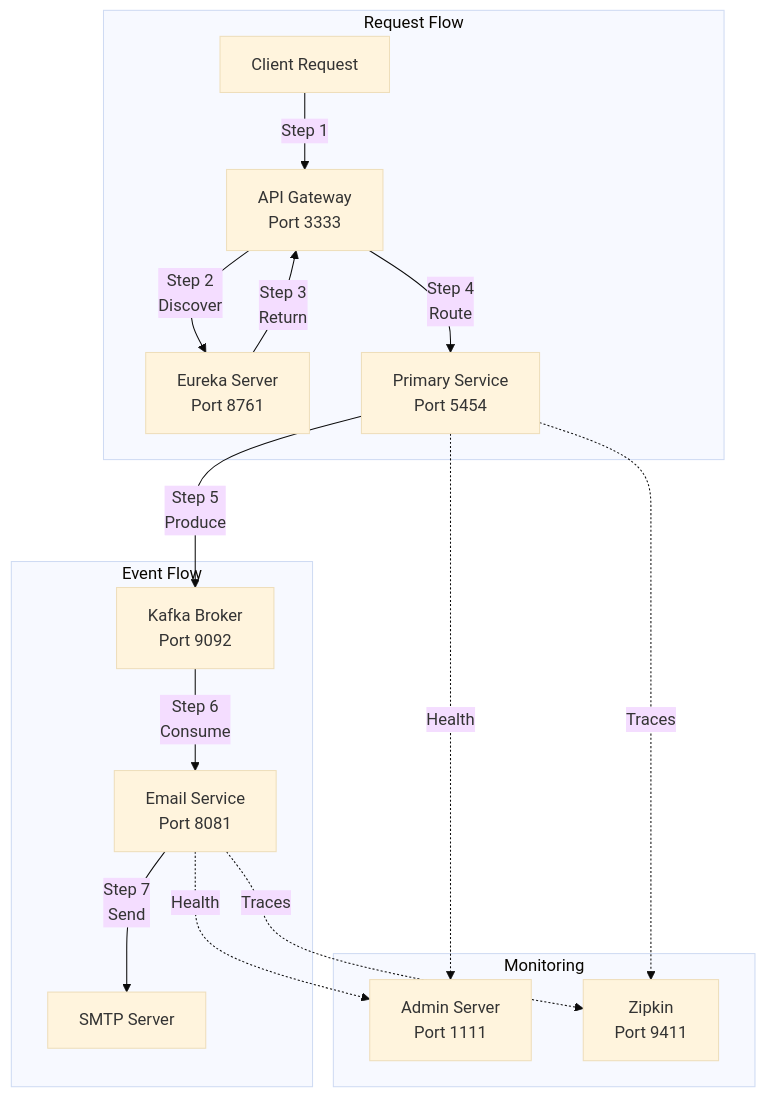
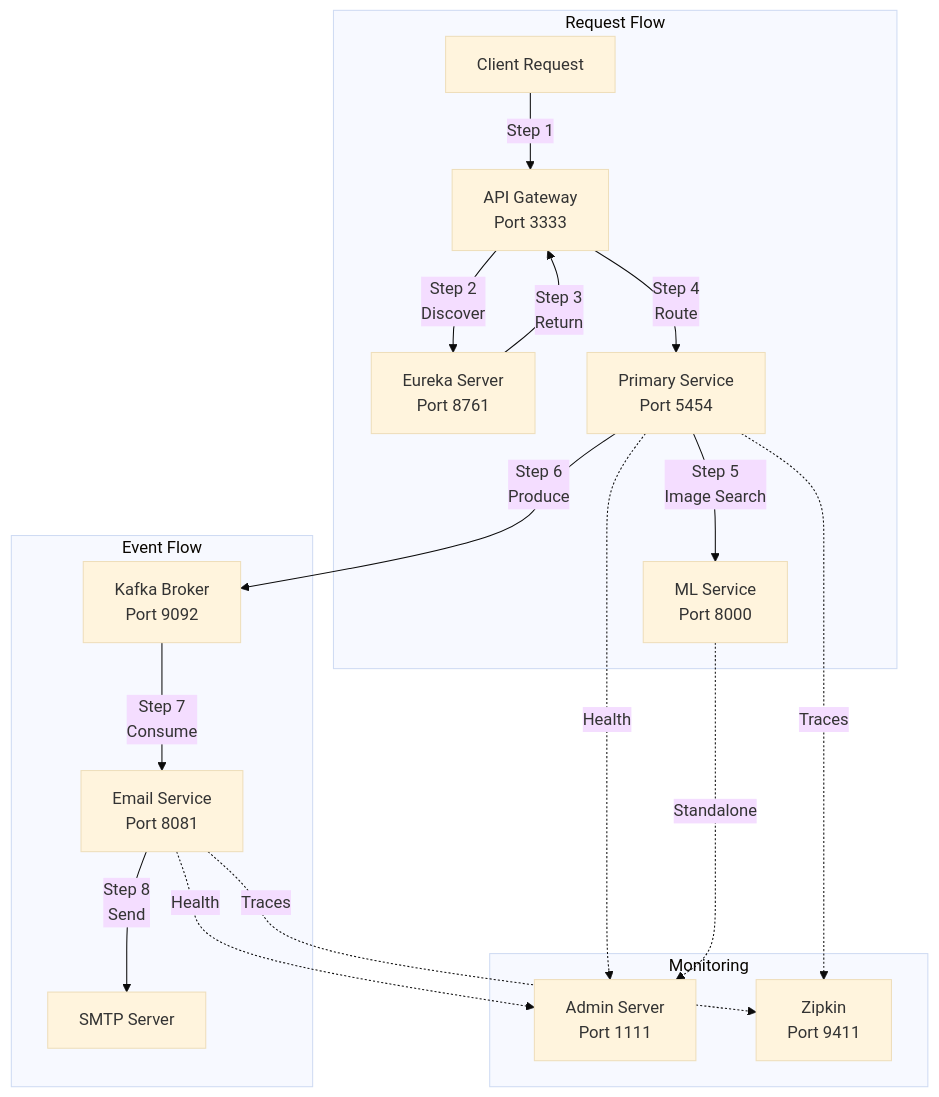
The seventh of 9 diagrams in readme.md (atharvajagtap112/IntelliShopy), drawn with Mermaid (base theme) before and after one commit. The commit also changed other lines of this file, not shown here.

````diff
--- a/readme.md
+++ b/readme.md
@@ -387,34 +481,37 @@
 ```mermaid
 graph TB
     subgraph RequestFlow["Request Flow"]
         A[Client Request]
         B[API Gateway<br/>Port 3333]
         C[Eureka Server<br/>Port 8761]
         D[Primary Service<br/>Port 5454]
+        E[ML Service<br/>Port 8000]
         
         A -->|Step 1| B
         B -->|Step 2<br/>Discover| C
         C -->|Step 3<br/>Return| B
         B -->|Step 4<br/>Route| D
+        D -->|Step 5<br/>Image Search| E
     end
     
     subgraph EventFlow["Event Flow"]
-        E[Kafka Broker<br/>Port 9092]
-        F[Email Service<br/>Port 8081]
-        G[SMTP Server]
+        F[Kafka Broker<br/>Port 9092]
+        G[Email Service<br/>Port 8081]
+        H[SMTP Server]
         
-        D -->|Step 5<br/>Produce| E
-        E -->|Step 6<br/>Consume| F
-        F -->|Step 7<br/>Send| G
+        D -->|Step 6<br/>Produce| F
+        F -->|Step 7<br/>Consume| G
+        G -->|Step 8<br/>Send| H
     end
     
     subgraph Monitor["Monitoring"]
-        H[Admin Server<br/>Port 1111]
-        I[Zipkin<br/>Port 9411]
+        I[Admin Server<br/>Port 1111]
+        J[Zipkin<br/>Port 9411]
     end
     
-    D -.->|Health| H
-    F -.->|Health| H
-    D -.->|Traces| I
-    F -.->|Traces| I
+    D -.->|Health| I
+    G -.->|Health| I
+    D -.->|Traces| J
+    G -.->|Traces| J
+    E -.->|Standalone| I
 ```
````
